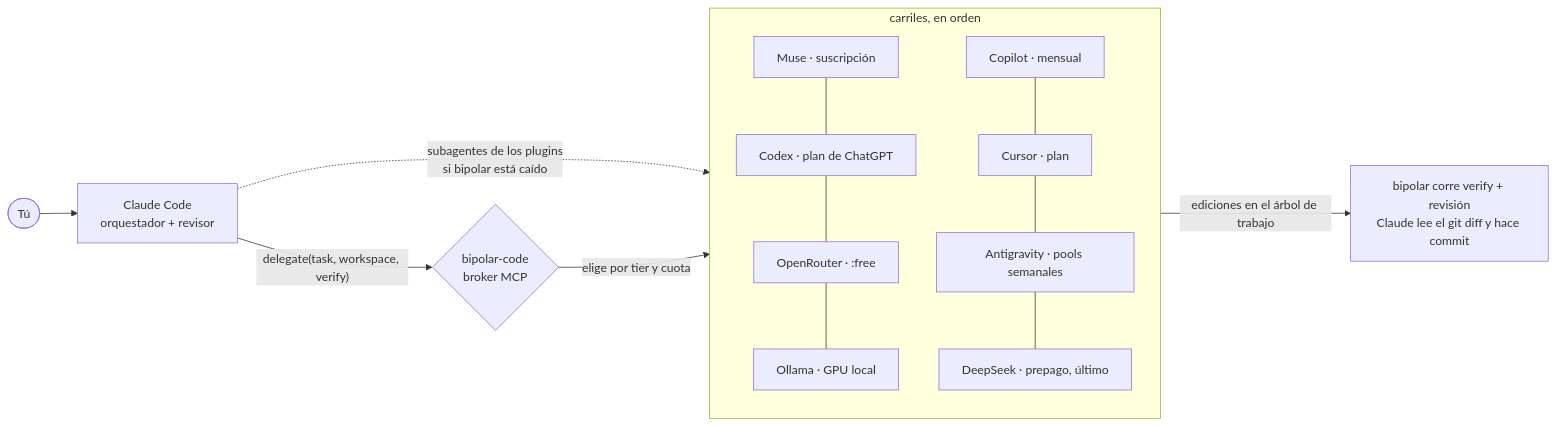
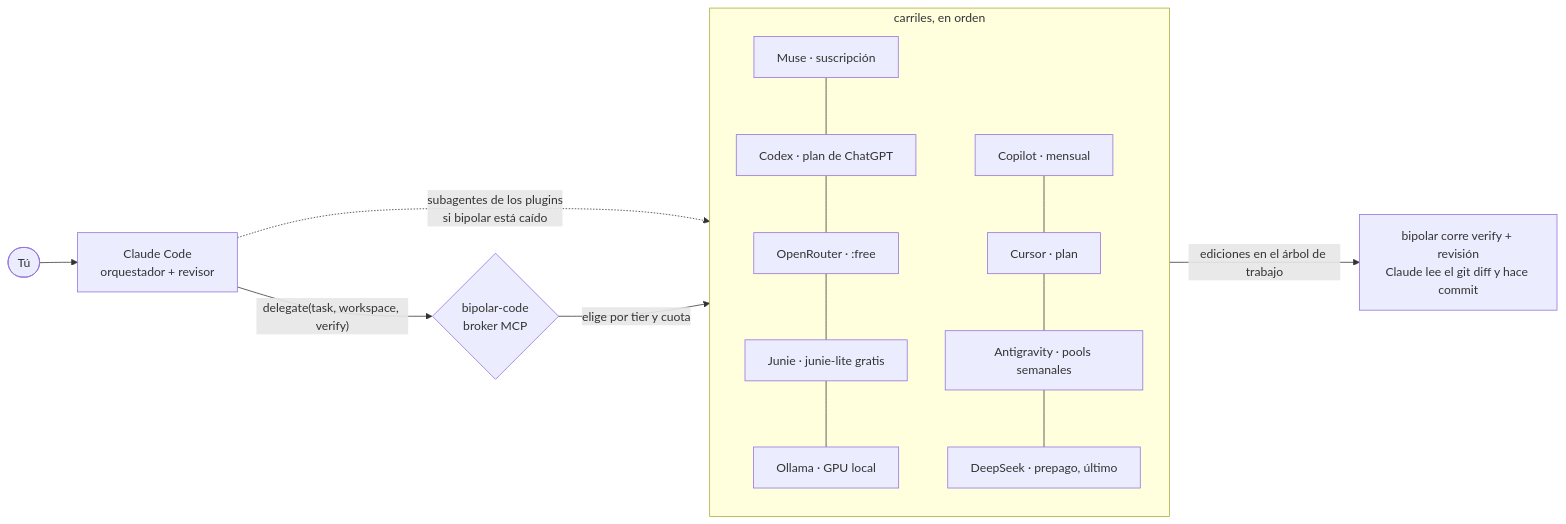
One commit to santiquiroz/claude-delegation-kit changed the first of 3 diagrams in README.es.md. Above: the diagram before and after it, drawn with Mermaid. The commit also changed other lines of this file and 6 other files, not shown here.

````diff
--- a/README.es.md
+++ b/README.es.md
@@ -18,12 +18,12 @@
 ```mermaid
 flowchart LR
     U([Tú]) --> CC["Claude Code<br/>orquestador + revisor"]
     CC -->|"delegate(task, workspace, verify)"| BP{"bipolar-code<br/>broker MCP"}
     CC -.->|"subagentes de los plugins<br/>si bipolar está caído"| L
     BP -->|"elige por tier y cuota"| L
     subgraph L["carriles, en orden"]
-        MU["Muse · suscripción"] --- CX["Codex · plan de ChatGPT"] --- OR["OpenRouter · :free"] --- OL["Ollama · GPU local"]
+        MU["Muse · suscripción"] --- CX["Codex · plan de ChatGPT"] --- OR["OpenRouter · :free"] --- JU["Junie · junie-lite gratis"] --- OL["Ollama · GPU local"]
         CP["Copilot · mensual"] --- CU["Cursor · plan"] --- AG["Antigravity · pools semanales"] --- DS["DeepSeek · prepago, último"]
     end
     L -->|"ediciones en el árbol de trabajo"| REV["bipolar corre verify + revisión<br/>Claude lee el git diff y hace commit"]
 ```
````
